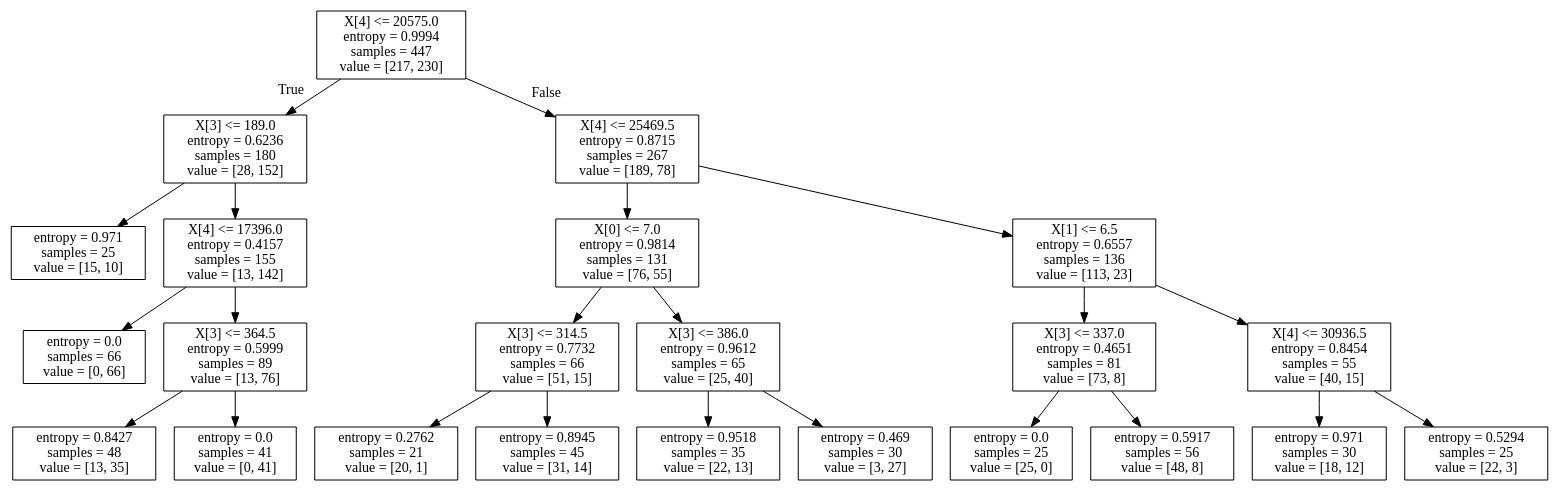
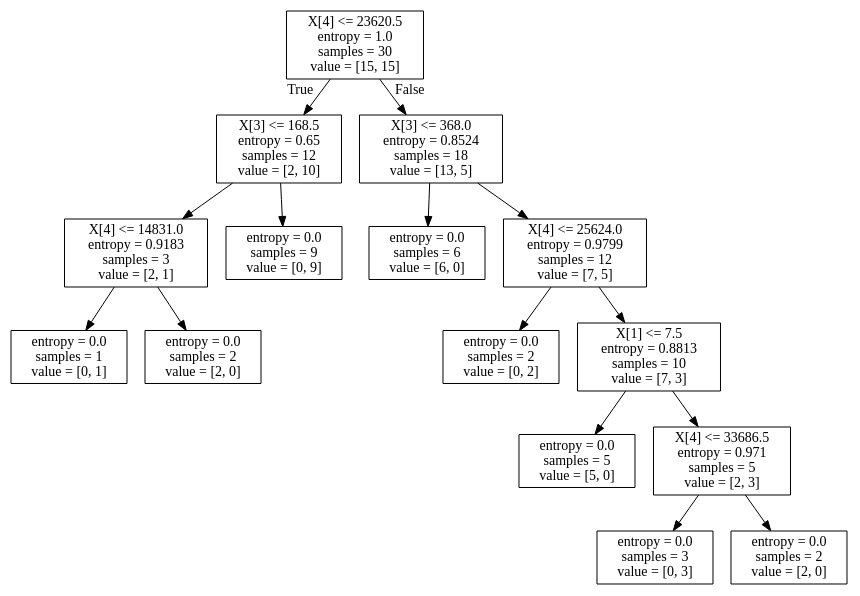
One commit to cmcollander/NaoLego changed the diagram in NaoDecisionTree.dot. Above: the diagram before and after it, drawn with Graphviz. The commit also changed 3 other files, not shown here.

```diff
--- a/NaoDecisionTree.dot
+++ b/NaoDecisionTree.dot
@@ -1,48 +1,32 @@
 digraph Tree {
 node [shape=box] ;
-0 [label="X[4] <= 20575.0\nentropy = 0.9994\nsamples = 447\nvalue = [217, 230]"] ;
-1 [label="X[3] <= 189.0\nentropy = 0.6236\nsamples = 180\nvalue = [28, 152]"] ;
+0 [label="X[4] <= 23620.5\nentropy = 1.0\nsamples = 30\nvalue = [15, 15]"] ;
+1 [label="X[3] <= 168.5\nentropy = 0.65\nsamples = 12\nvalue = [2, 10]"] ;
 0 -> 1 [labeldistance=2.5, labelangle=45, headlabel="True"] ;
-2 [label="entropy = 0.971\nsamples = 25\nvalue = [15, 10]"] ;
+2 [label="X[4] <= 14831.0\nentropy = 0.9183\nsamples = 3\nvalue = [2, 1]"] ;
 1 -> 2 ;
-3 [label="X[4] <= 17396.0\nentropy = 0.4157\nsamples = 155\nvalue = [13, 142]"] ;
-1 -> 3 ;
-4 [label="entropy = 0.0\nsamples = 66\nvalue = [0, 66]"] ;
-3 -> 4 ;
-5 [label="X[3] <= 364.5\nentropy = 0.5999\nsamples = 89\nvalue = [13, 76]"] ;
-3 -> 5 ;
-6 [label="entropy = 0.8427\nsamples = 48\nvalue = [13, 35]"] ;
-5 -> 6 ;
-7 [label="entropy = 0.0\nsamples = 41\nvalue = [0, 41]"] ;
-5 -> 7 ;
-8 [label="X[4] <= 25469.5\nentropy = 0.8715\nsamples = 267\nvalue = [189, 78]"] ;
-0 -> 8 [labeldistance=2.5, labelangle=-45, headlabel="False"] ;
-9 [label="X[0] <= 7.0\nentropy = 0.9814\nsamples = 131\nvalue = [76, 55]"] ;
+3 [label="entropy = 0.0\nsamples = 1\nvalue = [0, 1]"] ;
+2 -> 3 ;
+4 [label="entropy = 0.0\nsamples = 2\nvalue = [2, 0]"] ;
+2 -> 4 ;
+5 [label="entropy = 0.0\nsamples = 9\nvalue = [0, 9]"] ;
+1 -> 5 ;
+6 [label="X[3] <= 368.0\nentropy = 0.8524\nsamples = 18\nvalue = [13, 5]"] ;
+0 -> 6 [labeldistance=2.5, labelangle=-45, headlabel="False"] ;
+7 [label="entropy = 0.0\nsamples = 6\nvalue = [6, 0]"] ;
+6 -> 7 ;
+8 [label="X[4] <= 25624.0\nentropy = 0.9799\nsamples = 12\nvalue = [7, 5]"] ;
+6 -> 8 ;
+9 [label="entropy = 0.0\nsamples = 2\nvalue = [0, 2]"] ;
 8 -> 9 ;
-10 [label="X[3] <= 314.5\nentropy = 0.7732\nsamples = 66\nvalue = [51, 15]"] ;
-9 -> 10 ;
-11 [label="entropy = 0.2762\nsamples = 21\nvalue = [20, 1]"] ;
+10 [label="X[1] <= 7.5\nentropy = 0.8813\nsamples = 10\nvalue = [7, 3]"] ;
+8 -> 10 ;
+11 [label="entropy = 0.0\nsamples = 5\nvalue = [5, 0]"] ;
 10 -> 11 ;
-12 [label="entropy = 0.8945\nsamples = 45\nvalue = [31, 14]"] ;
+12 [label="X[4] <= 33686.5\nentropy = 0.971\nsamples = 5\nvalue = [2, 3]"] ;
 10 -> 12 ;
-13 [label="X[3] <= 386.0\nentropy = 0.9612\nsamples = 65\nvalue = [25, 40]"] ;
-9 -> 13 ;
-14 [label="entropy = 0.9518\nsamples = 35\nvalue = [22, 13]"] ;
-13 -> 14 ;
-15 [label="entropy = 0.469\nsamples = 30\nvalue = [3, 27]"] ;
-13 -> 15 ;
-16 [label="X[1] <= 6.5\nentropy = 0.6557\nsamples = 136\nvalue = [113, 23]"] ;
-8 -> 16 ;
-17 [label="X[3] <= 337.0\nentropy = 0.4651\nsamples = 81\nvalue = [73, 8]"] ;
-16 -> 17 ;
-18 [label="entropy = 0.0\nsamples = 25\nvalue = [25, 0]"] ;
-17 -> 18 ;
-19 [label="entropy = 0.5917\nsamples = 56\nvalue = [48, 8]"] ;
-17 -> 19 ;
-20 [label="X[4] <= 30936.5\nentropy = 0.8454\nsamples = 55\nvalue = [40, 15]"] ;
-16 -> 20 ;
-21 [label="entropy = 0.971\nsamples = 30\nvalue = [18, 12]"] ;
-20 -> 21 ;
-22 [label="entropy = 0.5294\nsamples = 25\nvalue = [22, 3]"] ;
-20 -> 22 ;
+13 [label="entropy = 0.0\nsamples = 3\nvalue = [0, 3]"] ;
+12 -> 13 ;
+14 [label="entropy = 0.0\nsamples = 2\nvalue = [2, 0]"] ;
+12 -> 14 ;
 }
```
